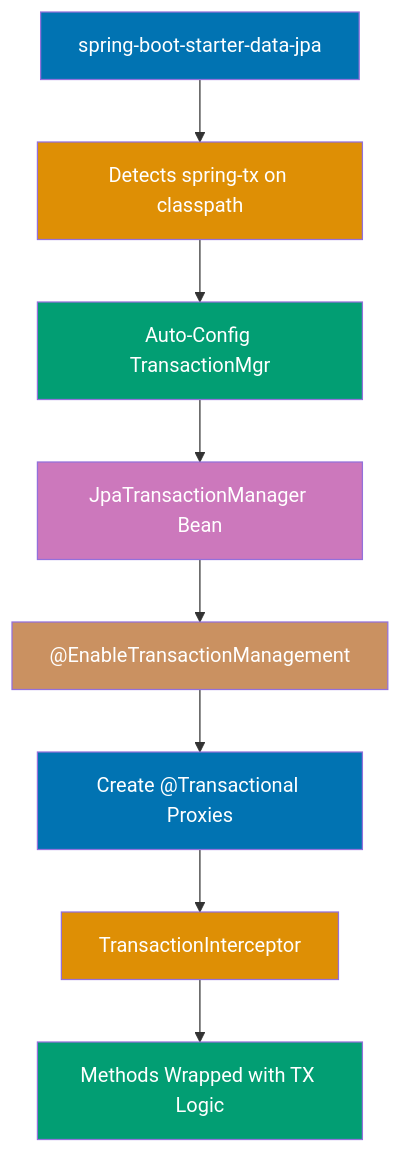
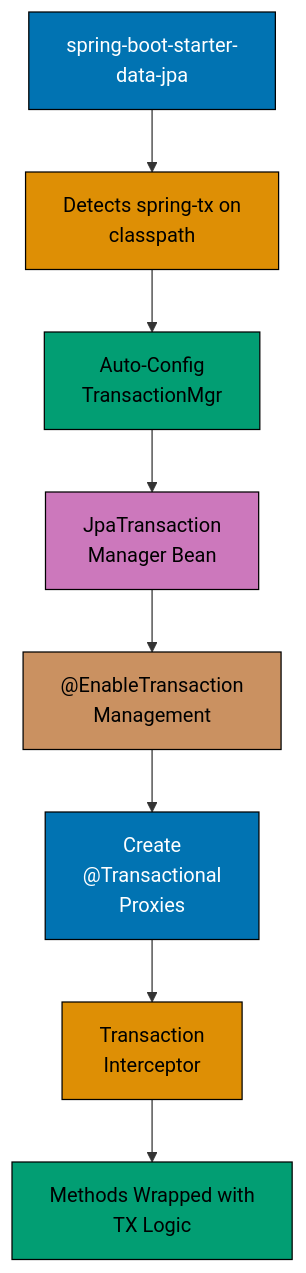
One commit to wahidyankf/ose-public changed the fourth of 14 diagrams in apps/ayokoding-www/content/en/learn/legacy/software-engineering/platforms/web/tools/jvm-spring-boot/by-example/intermediate.md. Above: the diagram before and after it, drawn with Mermaid. The commit also changed other lines of this file and 130 other files, not shown here.

First line of the commit message:
fix(mermaid): bring the legacy platforms diagrams onto the accessible palette

````diff
--- a/apps/ayokoding-www/content/en/learn/legacy/software-engineering/platforms/web/tools/jvm-spring-boot/by-example/intermediate.md
+++ b/apps/ayokoding-www/content/en/learn/legacy/software-engineering/platforms/web/tools/jvm-spring-boot/by-example/intermediate.md
@@ -449,20 +467,28 @@
 ```mermaid
 %% Color Palette: Blue #0173B2, Orange #DE8F05, Teal #029E73, Purple #CC78BC, Brown #CA9161
 graph TD
-    Starter["spring-boot-starter-data-jpa"] --> TxStarter["Detects spring-tx on classpath"]
-    TxStarter --> Manager["Auto-Config TransactionMgr"]
-    Manager --> JpaManager["JpaTransactionManager Bean"]
-    JpaManager --> AOP["@EnableTransactionManagement"]
-    AOP --> Proxy["Create @Transactional Proxies"]
-    Proxy --> Interceptor["TransactionInterceptor"]
-    Interceptor --> Ready["Methods Wrapped with TX Logic"]
+    accTitle: Example 21: @Transactional Basics
+    accDescr: Graph with 8 nodes and 7 connections. Nodes: spring-boot-starter- data-jpa, Detects spring-tx on classpath, Auto-Config TransactionMgr, JpaTransaction Manager Bean, @EnableTransaction Management, Create @Transactional Proxies, Transaction Interceptor, Methods Wrapped with TX Logic. Connections: spring-boot-starter- data-jpa to Detects spring-tx on classpath, Detects spring-tx on classpath to Auto-Config TransactionMgr, Auto-Config TransactionMgr to JpaTransaction Manager Bean, JpaTransaction Manager Bean to @EnableTransaction Management, @EnableTransaction Management to Create @Transactional Proxies, Create @Transactional Proxies to Transaction Interceptor, Transaction Interceptor to Methods Wrapped with TX Logic.
+    Starter["spring-boot-starter-<br/>data-jpa"] --> TxStarter["Detects spring-tx on<br/>classpath"]
+    TxStarter --> Manager["Auto-Config<br/>TransactionMgr"]
+    Manager --> JpaManager["JpaTransaction<br/>Manager Bean"]
+    JpaManager --> AOP["@EnableTransaction<br/>Management"]
+    AOP --> Proxy["Create<br/>@Transactional<br/>Proxies"]
+    Proxy --> Interceptor["Transaction<br/>Interceptor"]
+    Interceptor --> Ready["Methods Wrapped with<br/>TX Logic"]
 
-    style Starter fill:#0173B2,color:#fff
-    style TxStarter fill:#DE8F05,color:#fff
-    style Manager fill:#029E73,color:#fff
-    style JpaManager fill:#CC78BC,color:#fff
-    style AOP fill:#CA9161,color:#fff
-    style Proxy fill:#0173B2,color:#fff
-    style Interceptor fill:#DE8F05,color:#fff
-    style Ready fill:#029E73,color:#fff
+    classDef pal-0173B2 fill:#0173B2,stroke:#000000,color:#FFFFFF
+    class Starter pal-0173B2
+    classDef pal-DE8F05 fill:#DE8F05,stroke:#000000,color:#000000
+    class TxStarter pal-DE8F05
+    classDef pal-029E73 fill:#029E73,stroke:#000000,color:#000000
+    class Manager pal-029E73
+    classDef pal-CC78BC fill:#CC78BC,stroke:#000000,color:#000000
+    class JpaManager pal-CC78BC
+    classDef pal-CA9161 fill:#CA9161,stroke:#000000,color:#000000
+    class AOP pal-CA9161
+    class Proxy pal-0173B2
+    class Interceptor pal-DE8F05
+    class Ready pal-029E73
+    classDef default fill:#FFFFFF,stroke:#000000,color:#000000
 ```
````
